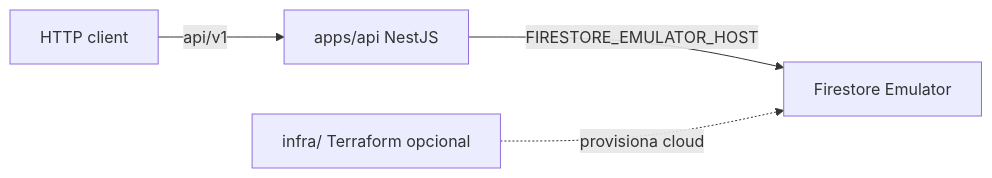
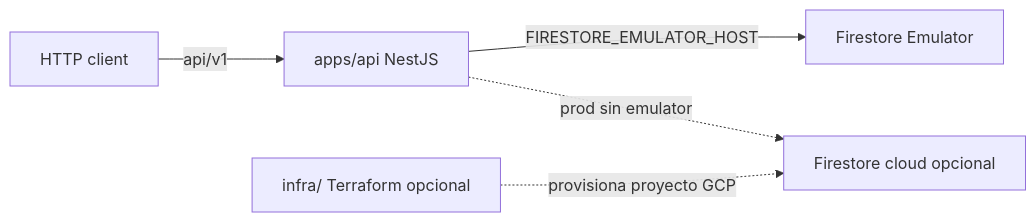
The second of 4 diagrams in docs/infra/c4-y-flujos.md (AndresED/reto-geekscastle), drawn with Mermaid before and after one commit. The commit also changed other lines of this file and 11 other files, not shown here.

````diff
--- a/docs/infra/c4-y-flujos.md
+++ b/docs/infra/c4-y-flujos.md
@@ -20,11 +19,13 @@
 ```mermaid
 flowchart LR
   client[HTTP client]
   nest[apps/api NestJS]
   emu[Firestore Emulator]
+  cloud[Firestore cloud opcional]
   tf[infra/ Terraform opcional]
 
   client -->|api/v1| nest
   nest -->|FIRESTORE_EMULATOR_HOST| emu
-  tf -.->|provisiona cloud| emu
+  nest -.->|prod sin emulator| cloud
+  tf -.->|provisiona proyecto GCP| cloud
 ```
````
